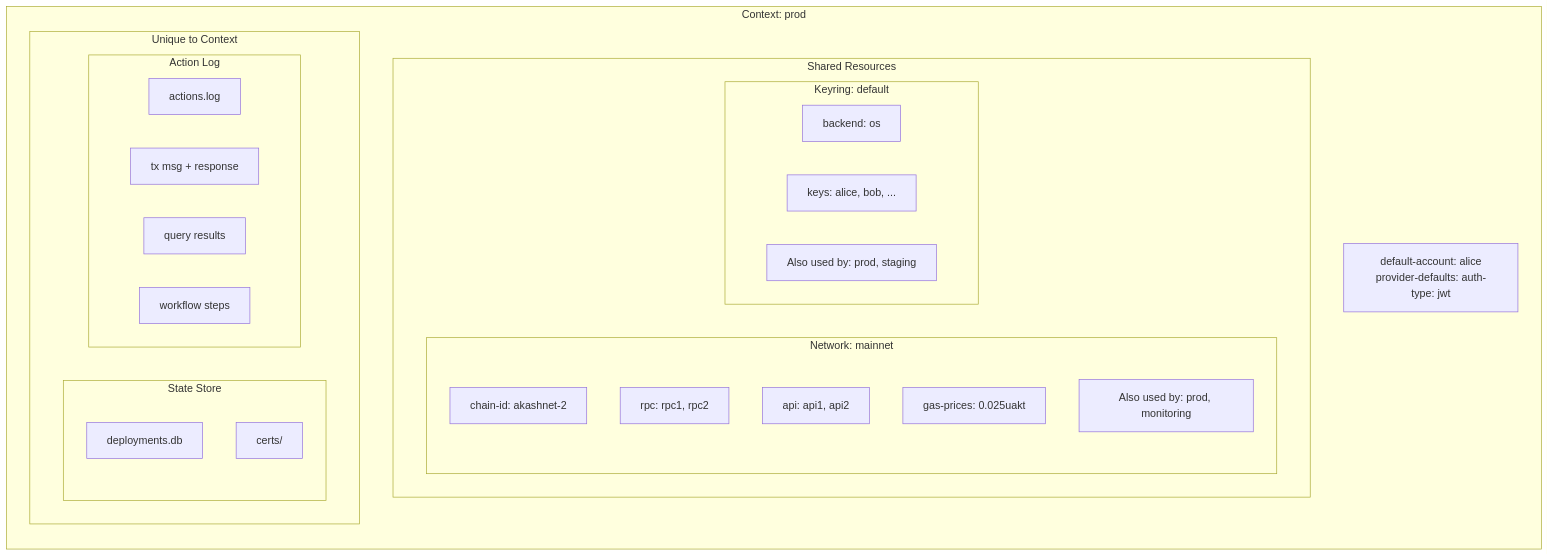
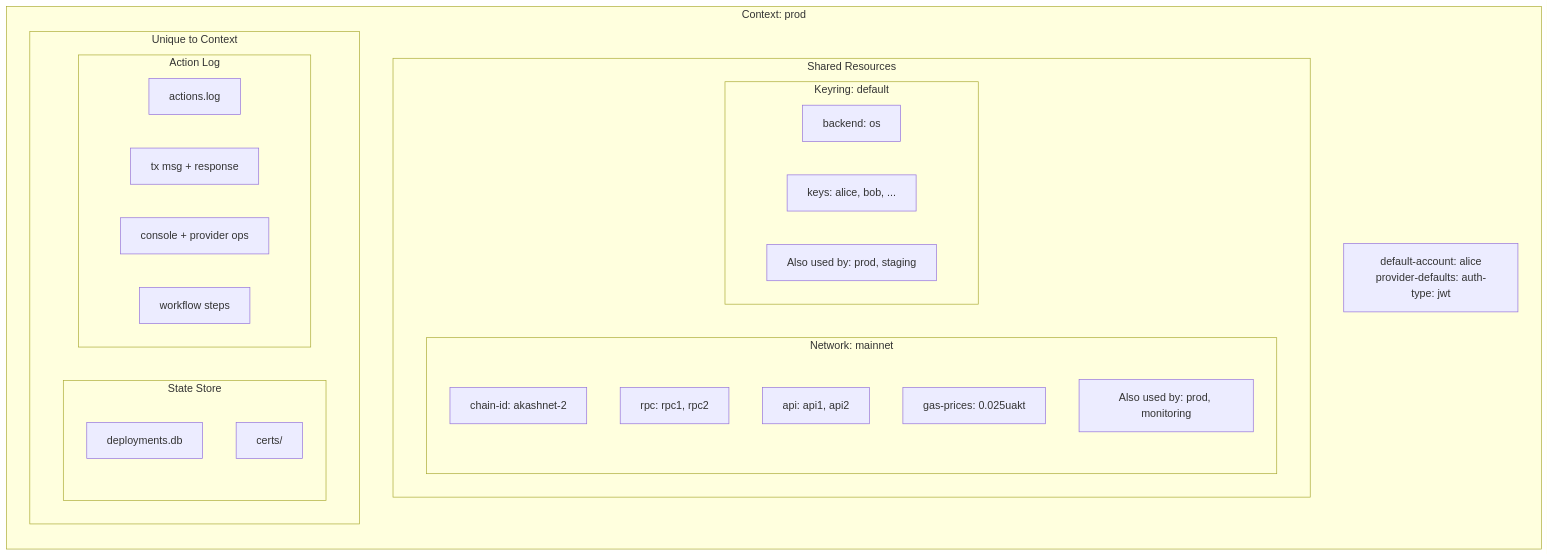
One commit to akash-network/akt changed the second of 6 diagrams in DESIGN.md. Above: the diagram before and after it, drawn with Mermaid. The commit also changed other lines of this file and 183 other files, not shown here.

````diff
--- a/DESIGN.md
+++ b/DESIGN.md
@@ -118,35 +120,35 @@
 ```mermaid
 graph TB
   subgraph Context ["Context: prod"]
     direction TB
     subgraph shared ["Shared Resources"]
       direction LR
       subgraph net ["Network: mainnet"]
         n1["chain-id: akashnet-2"]
         n2["rpc: rpc1, rpc2"]
         n3["api: api1, api2"]
         n4["gas-prices: 0.025uakt"]
         n5["Also used by: prod, monitoring"]
       end
       subgraph kr ["Keyring: default"]
         k1["backend: os"]
         k2["keys: alice, bob, ..."]
         k3["Also used by: prod, staging"]
       end
     end
     subgraph unique ["Unique to Context"]
       direction LR
       subgraph ss ["State Store"]
         s1["deployments.db"]
         s2["certs/"]
       end
       subgraph al ["Action Log"]
         a1["actions.log"]
         a2["tx msg + response"]
-        a3["query results"]
+        a3["console + provider ops"]
         a4["workflow steps"]
       end
     end
     settings["default-account: alice\nprovider-defaults: auth-type: jwt"]
   end
 ```
````
